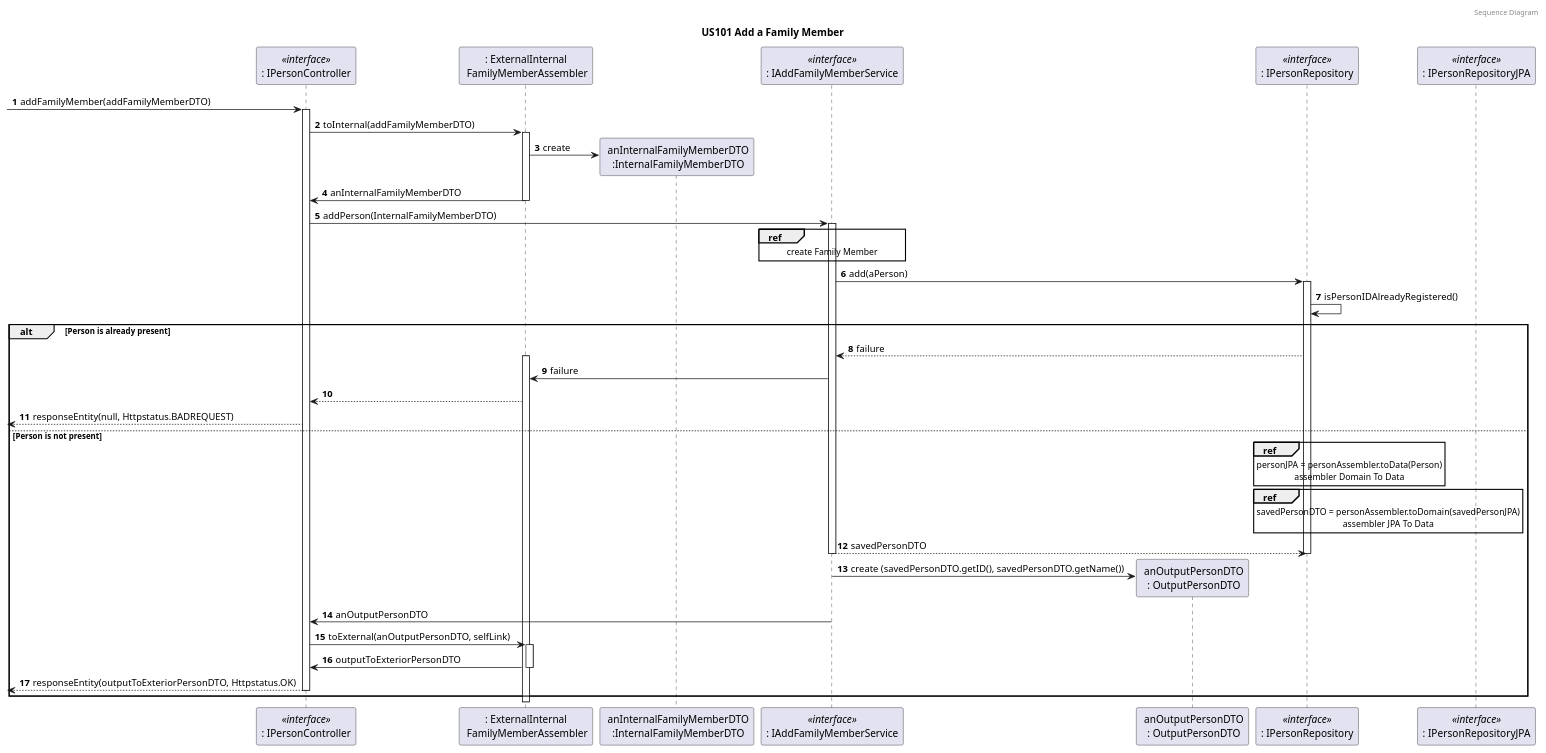
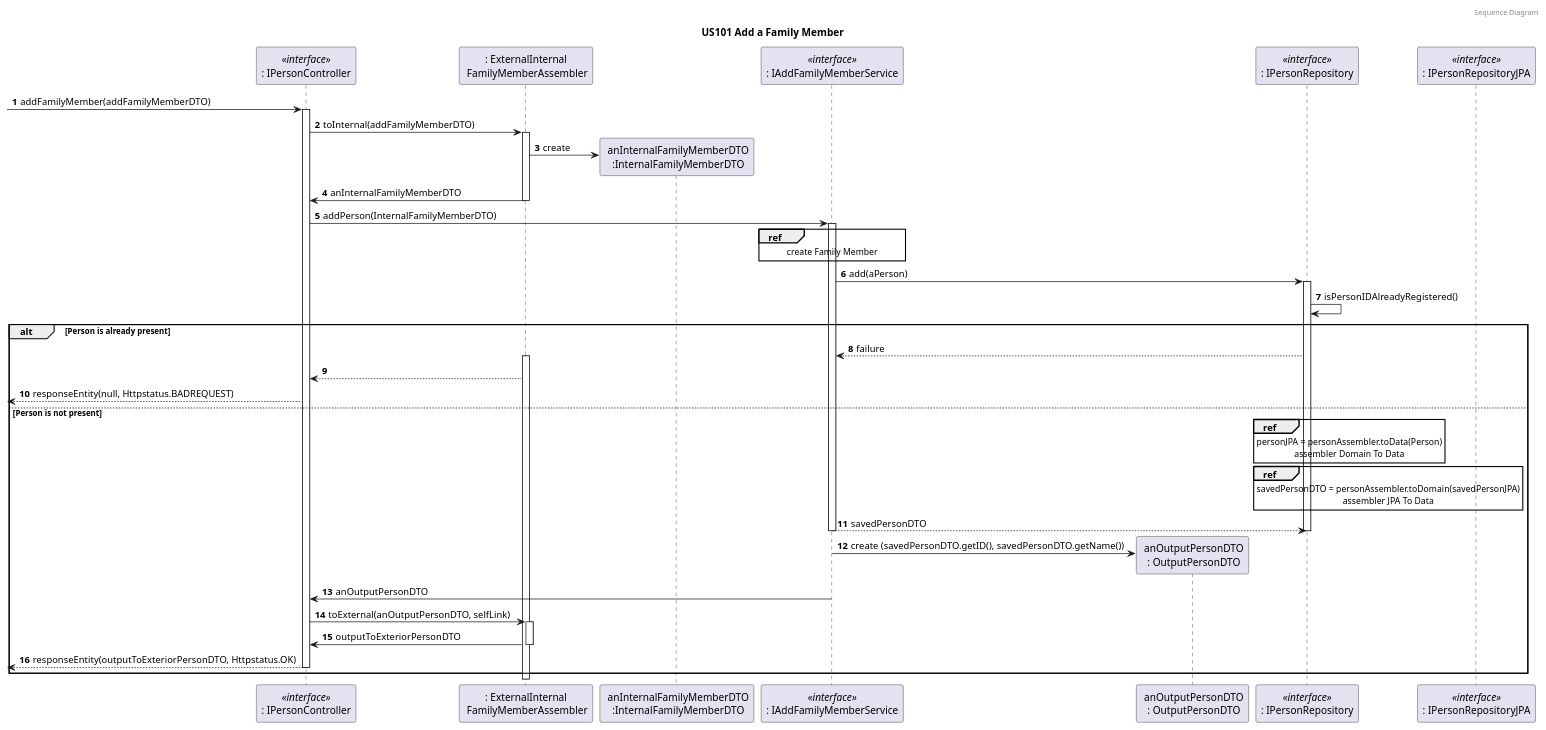
One commit to tomas-osswald/switch_2020_g3 changed the fourth of 6 diagrams in docs/sprint5/user_stories/US101_AddFamilyMember.md. Above: the diagram before and after it, drawn with PlantUML. The commit also changed 3 other files, not shown here.

`````diff
--- a/docs/sprint5/user_stories/US101_AddFamilyMember.md
+++ b/docs/sprint5/user_stories/US101_AddFamilyMember.md
@@ -263,69 +263,69 @@
 ```puml
 @startuml
 autonumber
 header Sequence Diagram
 title US101 Add a Family Member
 
 participant ": IPersonController" as controller <<interface>>
 participant ": ExternalInternal\n FamilyMemberAssembler" as outinassembler
 participant " anInternalFamilyMemberDTO\n :InternalFamilyMemberDTO" as aninaddassembler
 participant ": IAddFamilyMemberService" as FamAdminService <<interface>>
 participant " anOutputPersonDTO\n : OutputPersonDTO" as outputPersonDTO
 participant ": IPersonRepository" as prepository  <<interface>>
 participant ": IPersonRepositoryJPA" as prepositoryJPA  <<interface>>
 'participant "aFamilyRepository\n : FamilyRepository" as frepository
 
 -> controller : addFamilyMember(addFamilyMemberDTO)
 activate controller
 controller -> outinassembler : toInternal(addFamilyMemberDTO)
 activate outinassembler
 outinassembler -> aninaddassembler** : create
 outinassembler -> controller : anInternalFamilyMemberDTO
 deactivate
 controller -> FamAdminService : addPerson(InternalFamilyMemberDTO)
 activate FamAdminService
 
 ref over FamAdminService
 create Family Member
 end
 
 FamAdminService -> prepository : add(aPerson)
 activate prepository
 
 prepository -> prepository : isPersonIDAlreadyRegistered()
 alt Person is already present
 prepository --> FamAdminService : failure
 activate outinassembler
-FamAdminService -> outinassembler : failure
+'FamAdminService -> outinassembler : failure
 'FamAdminService -> outinassembler : toExternal(internalFamilyMemberDTO)
 outinassembler --> controller :
 <-- controller : responseEntity(null, Httpstatus.BADREQUEST)
 else Person is not present
 ref over prepository
 personJPA = personAssembler.toData(Person)
 assembler Domain To Data
 end
 
 ref over prepository
 savedPersonDTO = personAssembler.toDomain(savedPersonJPA)
 assembler JPA To Data
 end
 
 return savedPersonDTO
 deactivate prepositoryJPA
 'FamAdminService - create (savedPersonDTO)
 deactivate prepository
 FamAdminService -> outputPersonDTO** : create (savedPersonDTO.getID(), savedPersonDTO.getName())
 FamAdminService -> controller: anOutputPersonDTO
 deactivate FamAdminService 
 controller -> outinassembler : toExternal(anOutputPersonDTO, selfLink)
 activate outinassembler
 outinassembler -> controller : outputToExteriorPersonDTO
 deactivate
 deactivate FamAdminService
 <-- controller : responseEntity(outputToExteriorPersonDTO, Httpstatus.OK)
 deactivate controller
 
 end
 @enduml
 ````
`````
